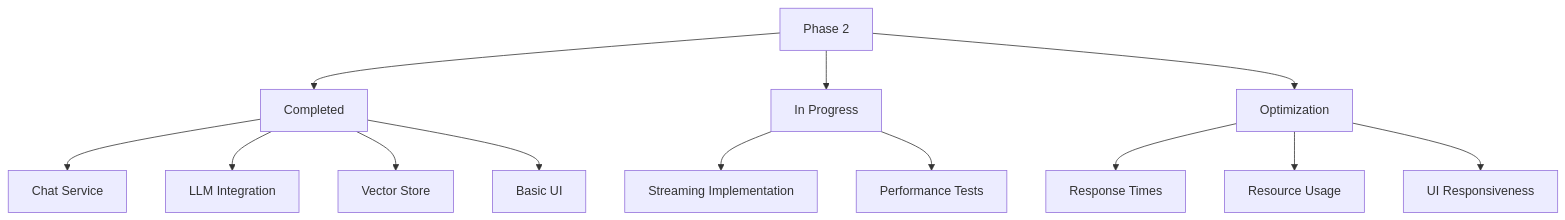
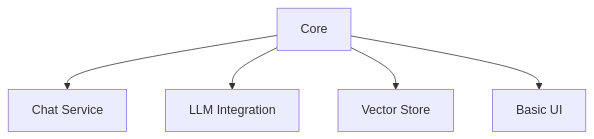
The diagram in memory-bank/activeContext.md (laialex501/lorechat-container), drawn with Mermaid before and after one commit. The commit also changed other lines of this file and 11 other files, not shown here.

Commit message:
Fix streaming implementation

````diff
--- a/memory-bank/activeContext.md
+++ b/memory-bank/activeContext.md
@@ -9,18 +25,7 @@
 ```mermaid
 graph TD
-    A[Phase 2] --> B[Completed]
-    A[Phase 2] --> C[In Progress]
-    A[Phase 2] --> D[Optimization]
-    
-    B --> E[Chat Service]
-    B --> F[LLM Integration]
-    B --> G[Vector Store]
-    B --> H[Basic UI]
-    
-    C --> I[Streaming Implementation]
-    C --> J[Performance Tests]
-    
-    D --> K[Response Times]
-    D --> L[Resource Usage]
-    D --> M[UI Responsiveness]
+    A[Core] --> B[Chat Service]
+    A --> C[LLM Integration]
+    A --> D[Vector Store]
+    A --> E[Basic UI]
 ```
````
